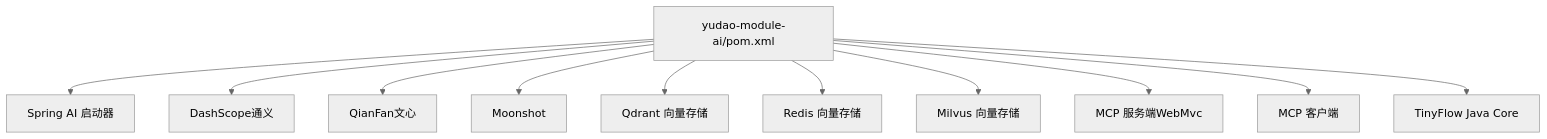
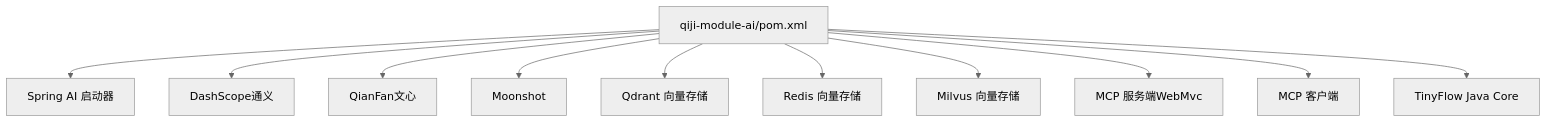
Before and after one commit to zhuangpengLI/AgenticCPS: the seventh of 7 diagrams in backend/.qoder/repowiki/zh/content/核心业务模块/AI大模型模块/AI大模型模块.md, drawn with Mermaid (neutral theme). The commit also changed other lines of this file and 3489 other files, not shown here.

````diff
--- a/backend/.qoder/repowiki/zh/content/核心业务模块/AI大模型模块/AI大模型模块.md
+++ b/backend/.qoder/repowiki/zh/content/核心业务模块/AI大模型模块/AI大模型模块.md
@@ -248,13 +248,13 @@
 ```mermaid
 graph TB
-POM["yudao-module-ai/pom.xml"] --> SA["Spring AI 启动器"]
+POM["qiji-module-ai/pom.xml"] --> SA["Spring AI 启动器"]
 POM --> DS["DashScope通义"]
 POM --> QB["QianFan文心"]
 POM --> MS["Moonshot"]
 POM --> VS1["Qdrant 向量存储"]
 POM --> VS2["Redis 向量存储"]
 POM --> VS3["Milvus 向量存储"]
 POM --> MCP_S["MCP 服务端WebMvc"]
 POM --> MCP_C["MCP 客户端"]
 POM --> TF["TinyFlow Java Core"]
 ```
````
